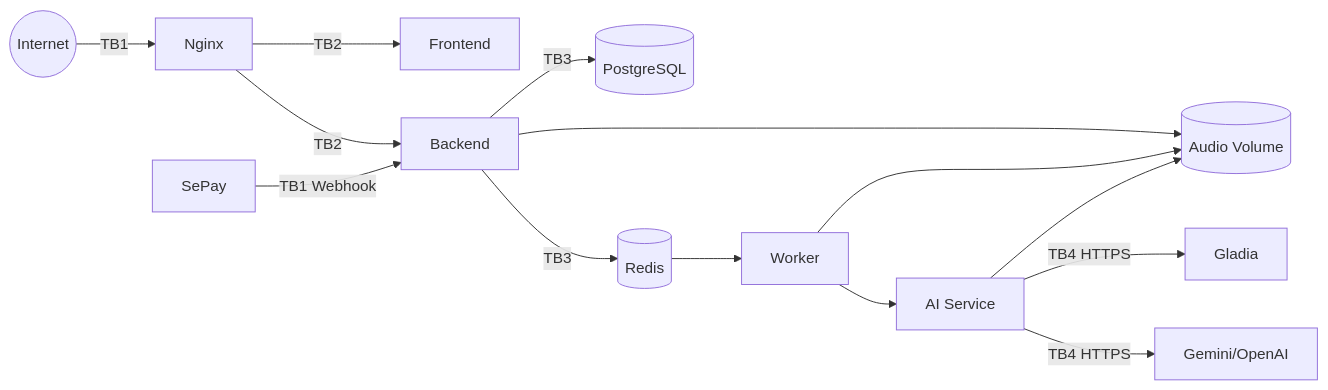
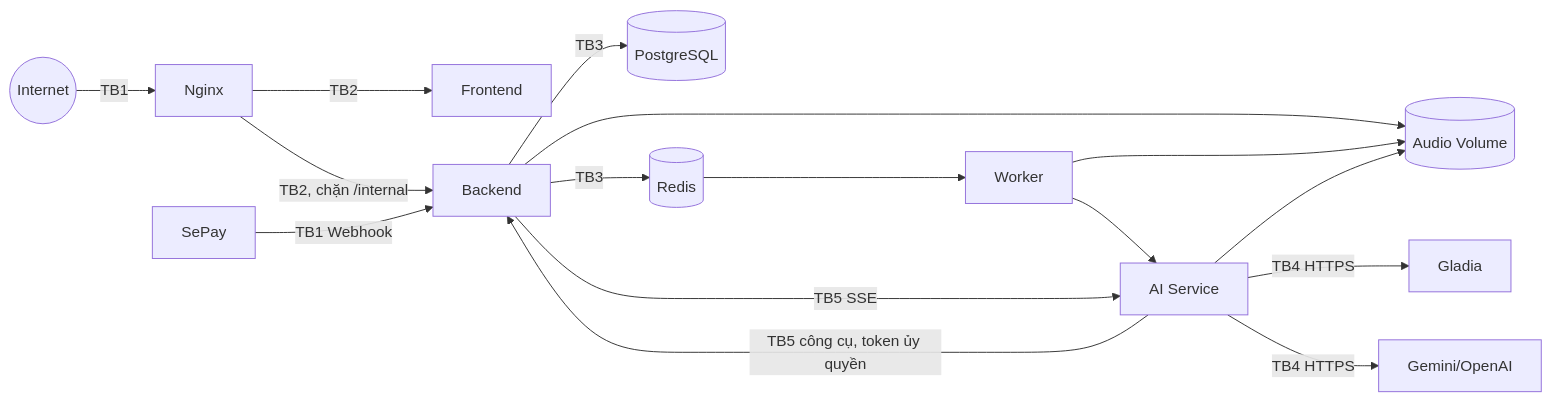
The diagram in docs/03-architecture/security-threat-model.md (plxgplxgplxg/meeting-voice-assistant), drawn with Mermaid before and after one commit. The commit also changed other lines of this file and 234 other files, not shown here.

````diff
--- a/docs/03-architecture/security-threat-model.md
+++ b/docs/03-architecture/security-threat-model.md
@@ -17,16 +17,18 @@
 ```mermaid
 flowchart LR
     Internet((Internet)) -->|TB1| Nginx
     Nginx -->|TB2| Frontend
-    Nginx -->|TB2| Backend
+    Nginx -->|TB2, chặn /internal| Backend
     Backend -->|TB3| PG[(PostgreSQL)]
     Backend -->|TB3| Redis[(Redis)]
     Redis --> Worker
     Worker --> AI[AI Service]
+    Backend -->|TB5 SSE| AI
+    AI -->|TB5 công cụ, token ủy quyền| Backend
     Backend --> Volume[(Audio Volume)]
     Worker --> Volume
     AI --> Volume
     AI -->|TB4 HTTPS| Gladia
     AI -->|TB4 HTTPS| GeminiOpenAI[Gemini/OpenAI]
     SePay -->|TB1 Webhook| Backend
 ```
````
